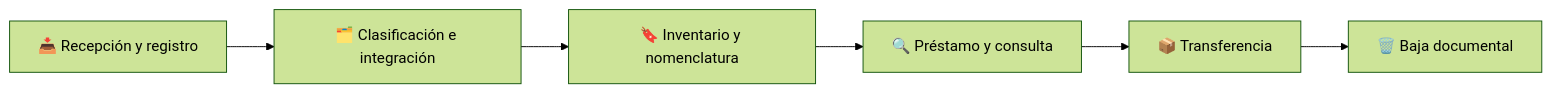
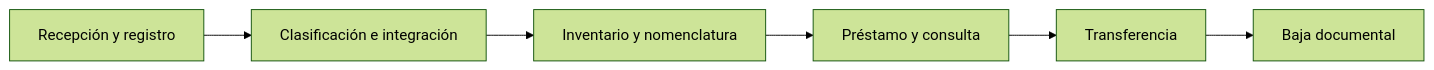
The diagram in README.md (gzzmra/ggzman), drawn with Mermaid (forest theme) before and after one commit. The commit also changed other lines of this file, not shown here.

````diff
--- a/README.md
+++ b/README.md
@@ -80,8 +78,8 @@
 ```mermaid
 flowchart LR
-  A[📥 Recepción y registro] --> B[🗂️ Clasificación e integración]
-  B --> C[🔖 Inventario y nomenclatura]
-  C --> D[🔍 Préstamo y consulta]
-  D --> E[📦 Transferencia]
-  E --> F[🗑️ Baja documental]
+  A[Recepción y registro] --> B[Clasificación e integración]
+  B --> C[Inventario y nomenclatura]
+  C --> D[Préstamo y consulta]
+  D --> E[Transferencia]
+  E --> F[Baja documental]
 ```
````
